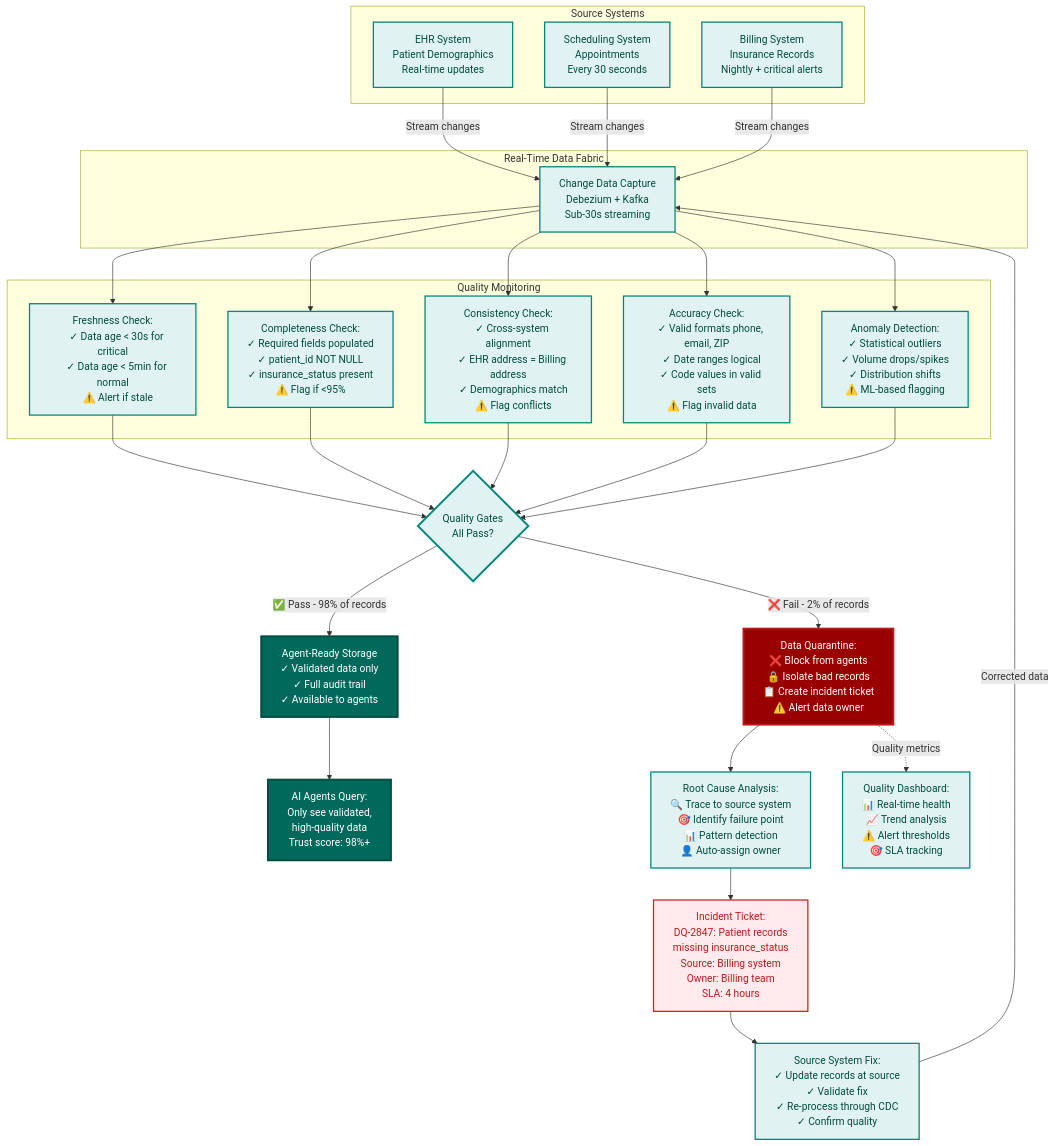
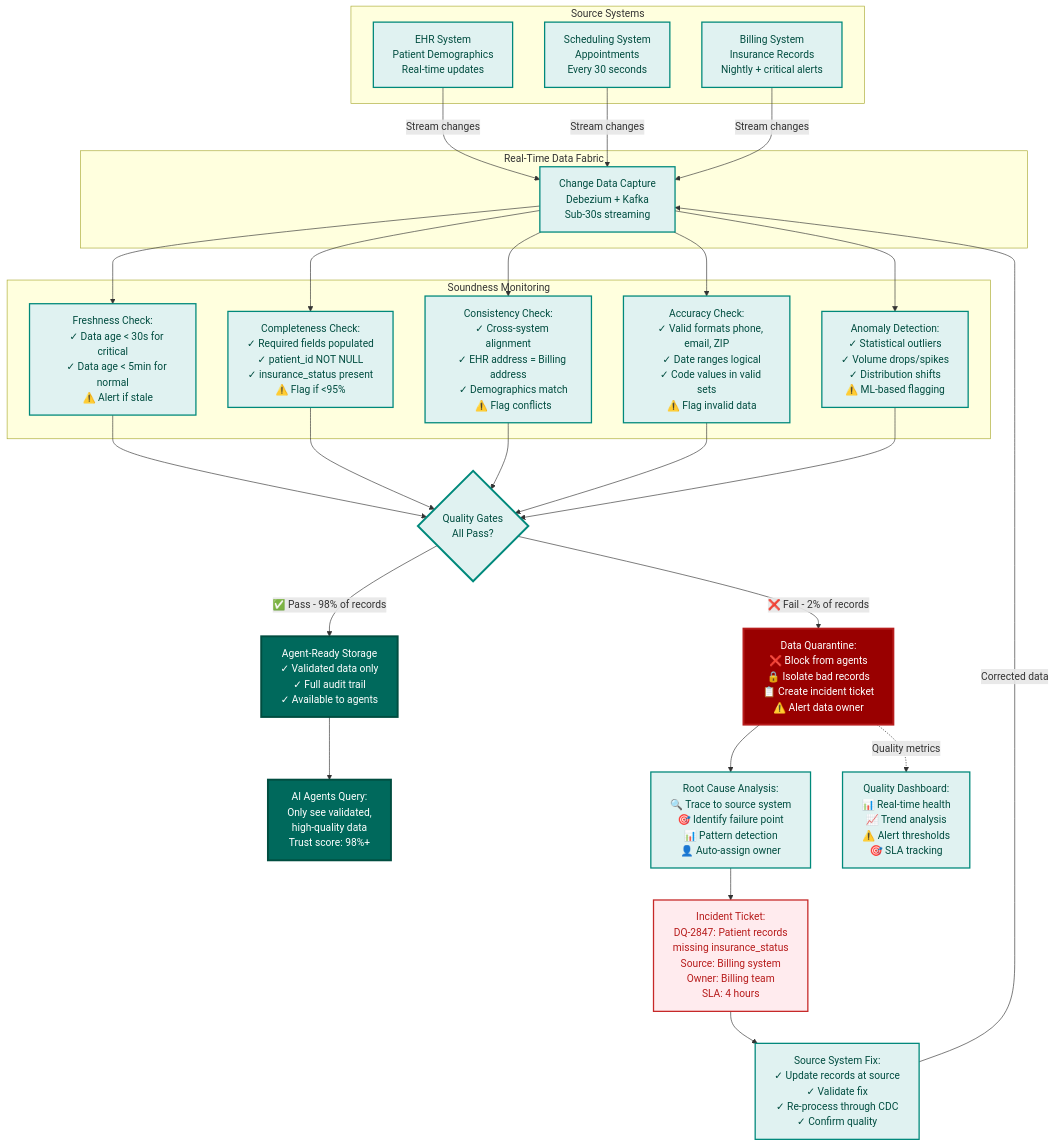
The seventh of 10 diagrams in chapter-02/chapter_2_complete.md (colaberry/enterprise-data-readiness-ai-agents), drawn with Mermaid before and after one commit.

Commit message:
quality check and update
quality check and update

```diff
--- a/chapter-02/chapter_2_complete.md
+++ b/chapter-02/chapter_2_complete.md
@@ -1105,7 +1105,7 @@
     S2 -->|Stream changes| CDC
     S3 -->|Stream changes| CDC
     
-    subgraph "Quality Monitoring"
+    subgraph "Soundness Monitoring"
         Q1["Freshness Check:
     ✓ Data age < 30s for critical
     ✓ Data age < 5min for normal
```
